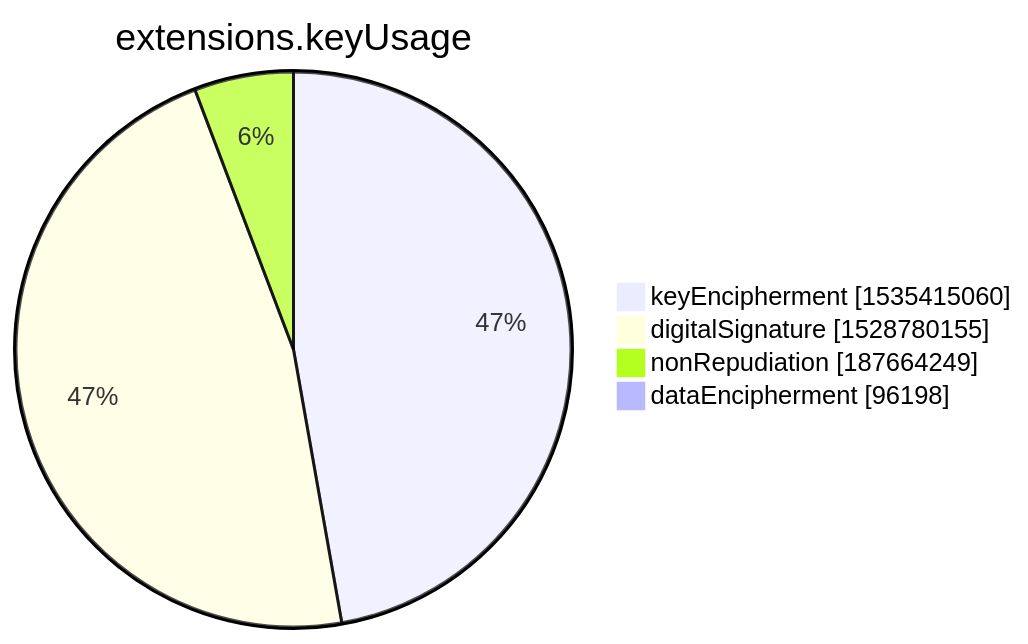
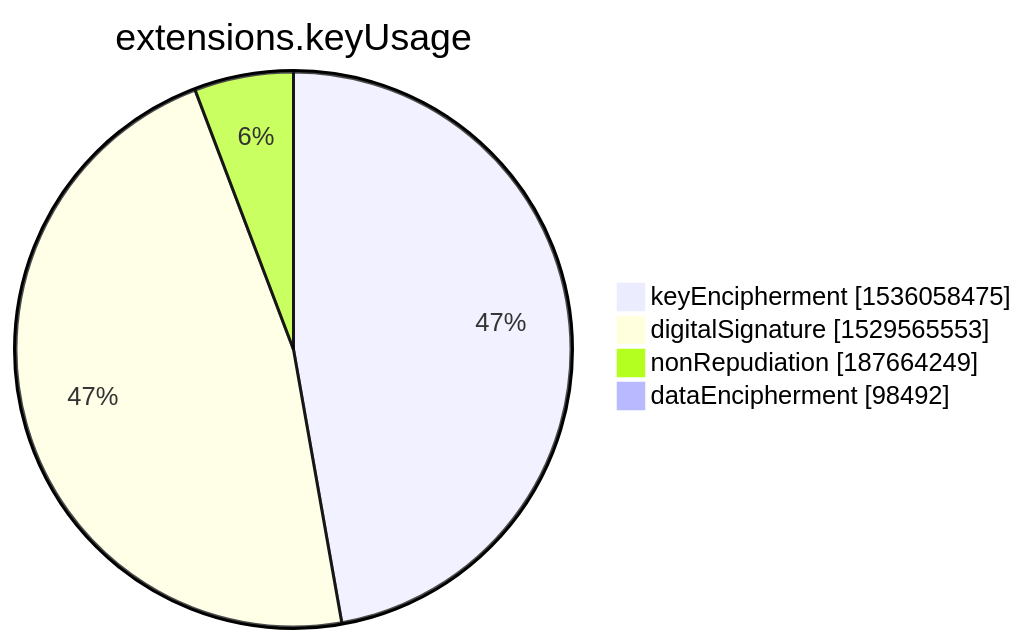
Before and after one commit to christiankrug/ctmonitor_visualization: the seventh of 15 diagrams in xenon2022/README.md, drawn with Mermaid. The commit also changed other lines of this file, not shown here.

````diff
--- a/xenon2022/README.md
+++ b/xenon2022/README.md
@@ -2849,8 +2849,8 @@
 ```mermaid
 pie showData
 title extensions.keyUsage
-"keyEncipherment" :1535415060
-"digitalSignature" :1528780155
+"keyEncipherment" :1536058475
+"digitalSignature" :1529565553
 "nonRepudiation" :187664249
-"dataEncipherment" :96198
+"dataEncipherment" :98492
 ```
````
